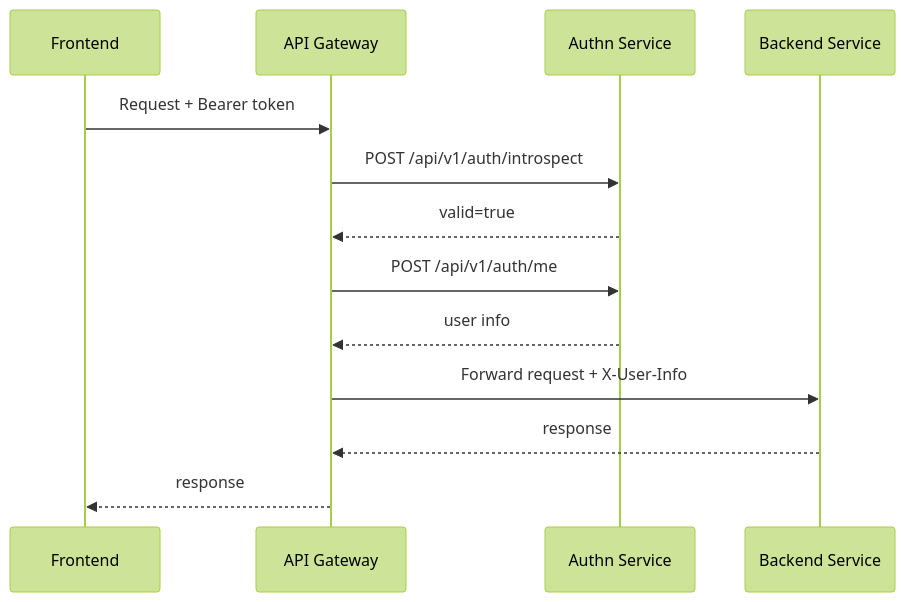
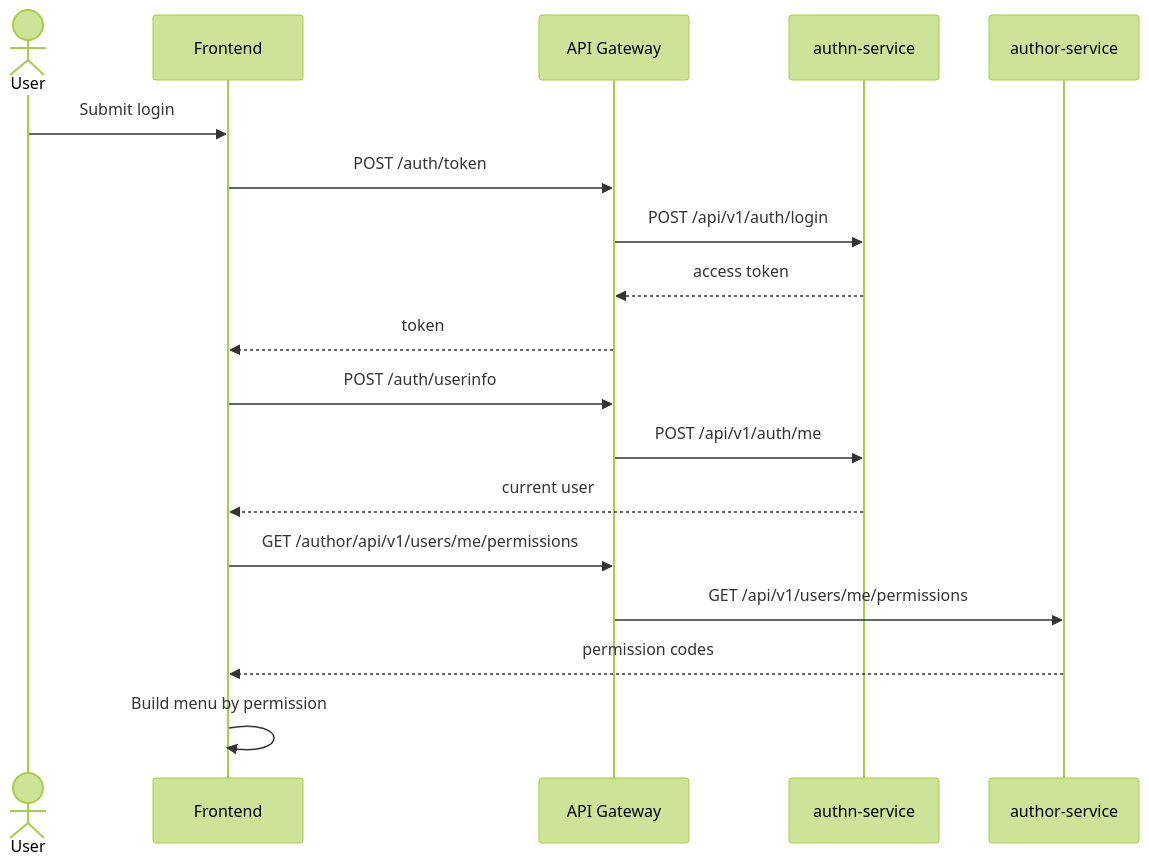
Before and after one commit to gunvno/LMS-Mini: the fifth of 8 diagrams in FRONTEND_RENDER_SPEC.md, drawn with Mermaid (forest theme). The commit also changed other lines of this file and 9 other files, not shown here.

````diff
--- a/FRONTEND_RENDER_SPEC.md
+++ b/FRONTEND_RENDER_SPEC.md
@@ -341,16 +914,21 @@
 ```mermaid
 sequenceDiagram
-    participant FE as Frontend
-    participant GW as API Gateway
-    participant AUTH as Authn Service
-    participant SVC as Backend Service
+  actor User
+  participant FE as Frontend
+  participant Gateway as API Gateway
+  participant Authn as authn-service
+  participant Author as author-service
 
-    FE->>GW: Request + Bearer token
-    GW->>AUTH: POST /api/v1/auth/introspect
-    AUTH-->>GW: valid=true
-    GW->>AUTH: POST /api/v1/auth/me
-    AUTH-->>GW: user info
-    GW->>SVC: Forward request + X-User-Info
-    SVC-->>GW: response
-    GW-->>FE: response
+  User->>FE: Submit login
+  FE->>Gateway: POST /auth/token
+  Gateway->>Authn: POST /api/v1/auth/login
+  Authn-->>Gateway: access token
+  Gateway-->>FE: token
+  FE->>Gateway: POST /auth/userinfo
+  Gateway->>Authn: POST /api/v1/auth/me
+  Authn-->>FE: current user
+  FE->>Gateway: GET /author/api/v1/users/me/permissions
+  Gateway->>Author: GET /api/v1/users/me/permissions
+  Author-->>FE: permission codes
+  FE->>FE: Build menu by permission
 ```
````
